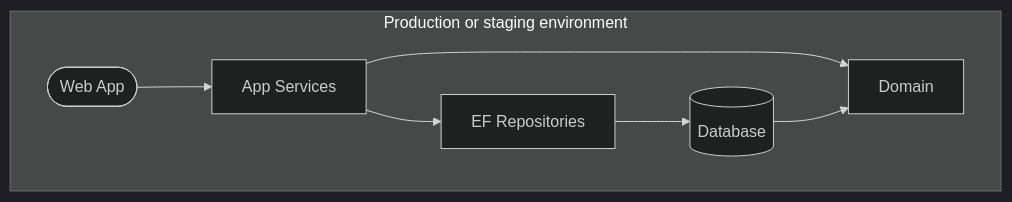
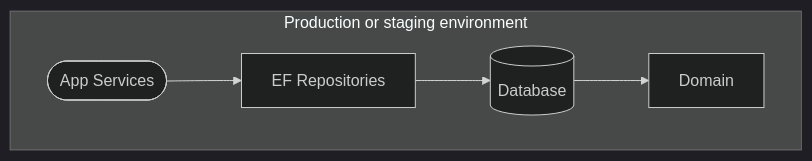
Before and after one commit to gaepdit/sbeap: the third of 3 diagrams in README.md, drawn with Mermaid (dark theme). The commit also changed other lines of this file and 20 other files, not shown here.

````diff
--- a/README.md
+++ b/README.md
@@ -121,17 +112,13 @@
 ```mermaid
 flowchart LR
     subgraph SPD["Production or staging environment"]
         direction LR
         D[Domain]
         R[EF Repositories]
-        A[App Services]
-        W([Web App])
+        A([App Services])
         B[(Database)]
-
-        W --> A
-        A --> D
         A --> R
         R --> B
         B --> D
     end
 ```
````
